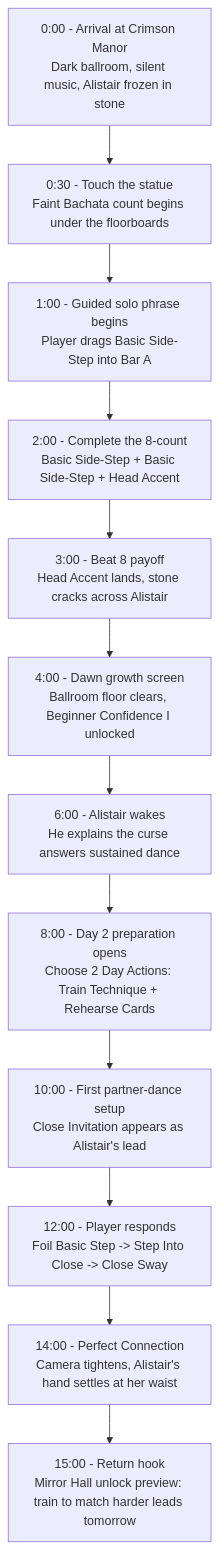
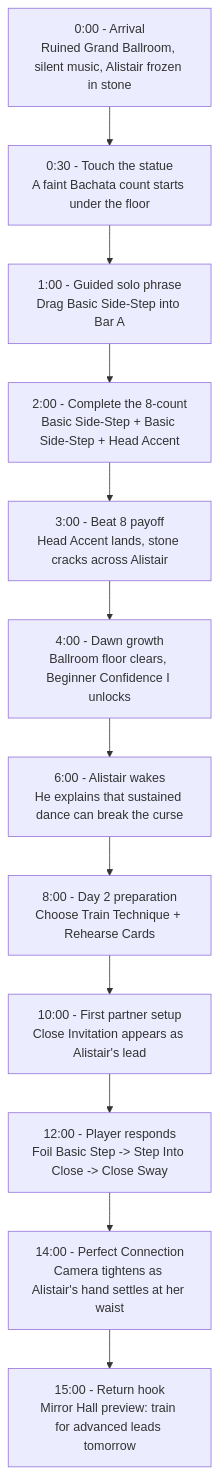
Before and after one commit to erickrex/eight_counts_to_midnight: the diagram in hackathon_submission/player_journey_map.md, drawn with Mermaid. The commit also changed other lines of this file and 14 other files, not shown here.

````diff
--- a/hackathon_submission/player_journey_map.md
+++ b/hackathon_submission/player_journey_map.md
@@ -13,14 +13,14 @@
 ```mermaid
 flowchart TD
-    A["0:00 - Arrival at Crimson Manor<br/>Dark ballroom, silent music, Alistair frozen in stone"] --> B["0:30 - Touch the statue<br/>Faint Bachata count begins under the floorboards"]
-    B --> C["1:00 - Guided solo phrase begins<br/>Player drags Basic Side-Step into Bar A"]
+    A["0:00 - Arrival<br/>Ruined Grand Ballroom, silent music, Alistair frozen in stone"] --> B["0:30 - Touch the statue<br/>A faint Bachata count starts under the floor"]
+    B --> C["1:00 - Guided solo phrase<br/>Drag Basic Side-Step into Bar A"]
     C --> D["2:00 - Complete the 8-count<br/>Basic Side-Step + Basic Side-Step + Head Accent"]
     D --> E["3:00 - Beat 8 payoff<br/>Head Accent lands, stone cracks across Alistair"]
-    E --> F["4:00 - Dawn growth screen<br/>Ballroom floor clears, Beginner Confidence I unlocked"]
-    F --> G["6:00 - Alistair wakes<br/>He explains the curse answers sustained dance"]
-    G --> H["8:00 - Day 2 preparation opens<br/>Choose 2 Day Actions: Train Technique + Rehearse Cards"]
-    H --> I["10:00 - First partner-dance setup<br/>Close Invitation appears as Alistair's lead"]
+    E --> F["4:00 - Dawn growth<br/>Ballroom floor clears, Beginner Confidence I unlocks"]
+    F --> G["6:00 - Alistair wakes<br/>He explains that sustained dance can break the curse"]
+    G --> H["8:00 - Day 2 preparation<br/>Choose Train Technique + Rehearse Cards"]
+    H --> I["10:00 - First partner setup<br/>Close Invitation appears as Alistair's lead"]
     I --> J["12:00 - Player responds<br/>Foil Basic Step -> Step Into Close -> Close Sway"]
-    J --> K["14:00 - Perfect Connection<br/>Camera tightens, Alistair's hand settles at her waist"]
-    K --> L["15:00 - Return hook<br/>Mirror Hall unlock preview: train to match harder leads tomorrow"]
+    J --> K["14:00 - Perfect Connection<br/>Camera tightens as Alistair's hand settles at her waist"]
+    K --> L["15:00 - Return hook<br/>Mirror Hall preview: train for advanced leads tomorrow"]
 ```
````
